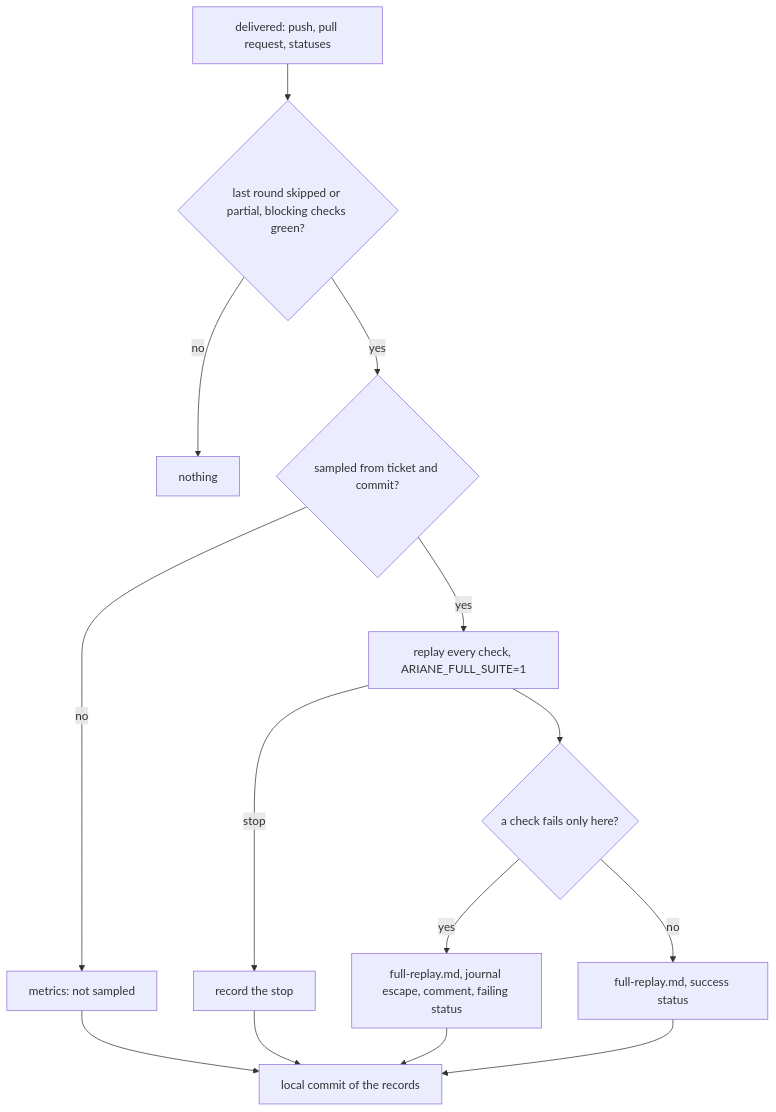
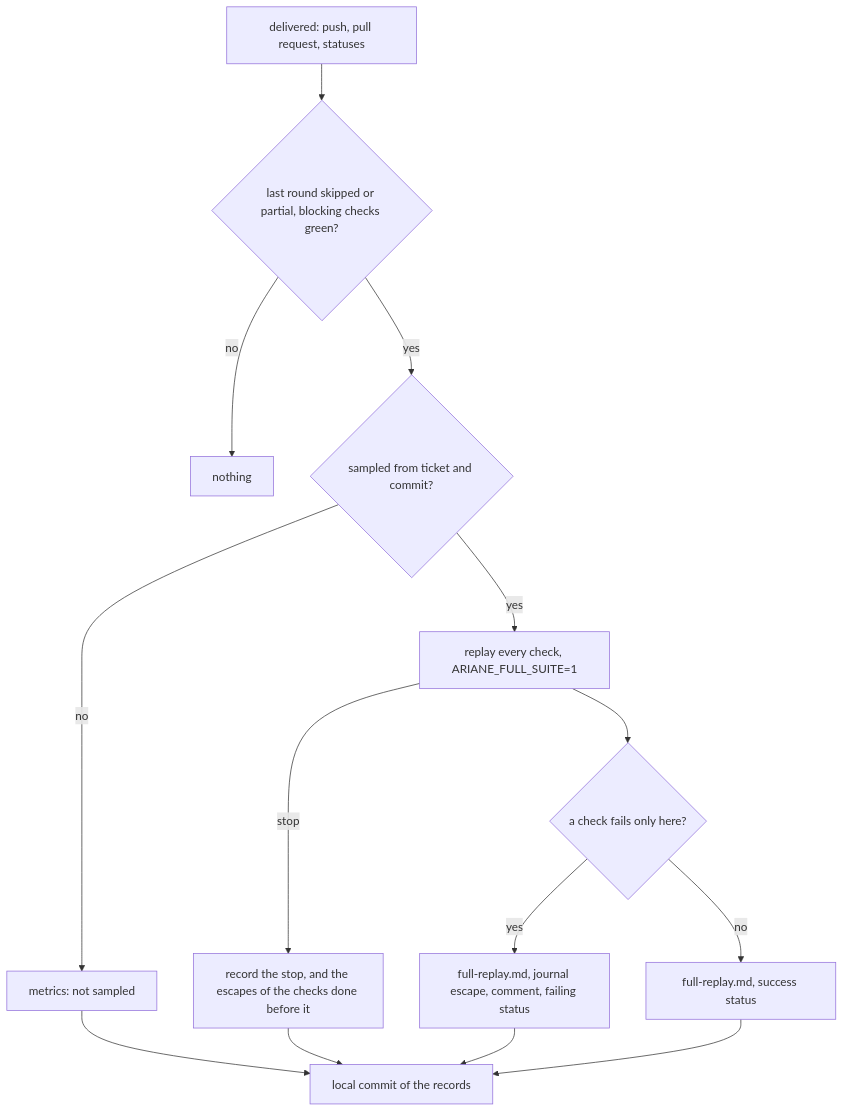
The first of 3 diagrams in docs/architecture/modules/full_replay.md (plaplanche/ariane), drawn with Mermaid before and after one commit. The commit also changed other lines of this file and 9 other files, not shown here.

````diff
--- a/docs/architecture/modules/full_replay.md
+++ b/docs/architecture/modules/full_replay.md
@@ -31,16 +31,16 @@
 ```mermaid
 flowchart TD
 A[delivered: push, pull request, statuses] --> B{last round skipped or partial, blocking checks green?}
   B -->|no| Z[nothing]
   B -->|yes| C{sampled from ticket and commit?}
   C -->|no| D[metrics: not sampled]
   C -->|yes| E[replay every check, ARIANE_FULL_SUITE=1]
-  E -->|stop| F[record the stop]
+  E -->|stop| F[record the stop, and the escapes of the checks done before it]
   E --> G{a check fails only here?}
   G -->|yes| H[full-replay.md, journal escape, comment, failing status]
   G -->|no| I[full-replay.md, success status]
   D --> J[local commit of the records]
   F --> J
   H --> J
   I --> J
 ```
````
